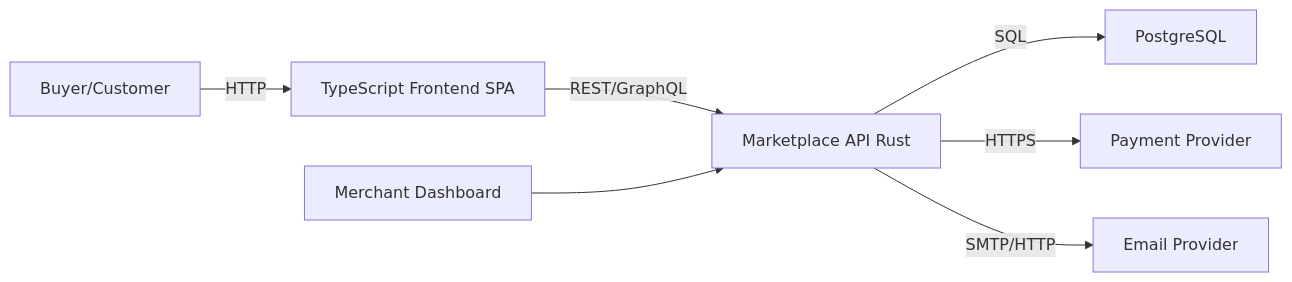
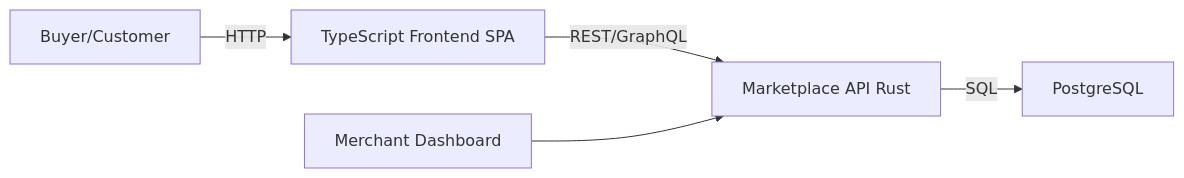
One commit to CM-market/transac changed the first of 5 diagrams in docs/arc42.md. Above: the diagram before and after it, drawn with Mermaid. The commit also changed other lines of this file and 16 other files, not shown here.

````diff
--- a/docs/arc42.md
+++ b/docs/arc42.md
@@ -62,9 +51,7 @@
 ```mermaid
 flowchart LR
   User[Buyer/Customer] -->|HTTP| WebApp[TypeScript Frontend SPA]
   WebApp -->|REST/GraphQL| API[Marketplace API Rust]
   API -->|SQL| DB[PostgreSQL]
-  API -->|HTTPS| Payment[Payment Provider]
-  API -->|SMTP/HTTP| Email[Email Provider]
   Admin[Merchant Dashboard] --> API
 ```
````
